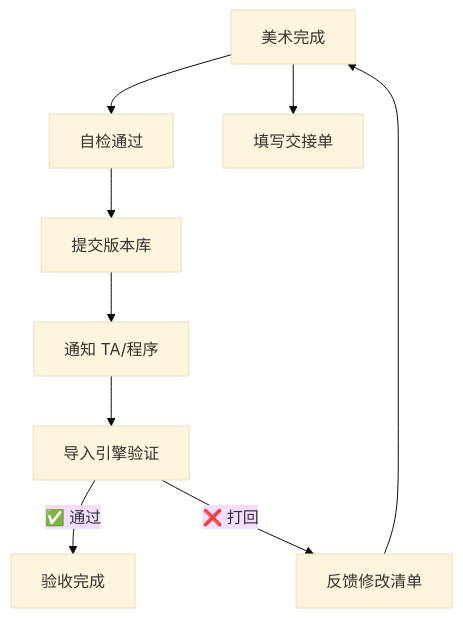
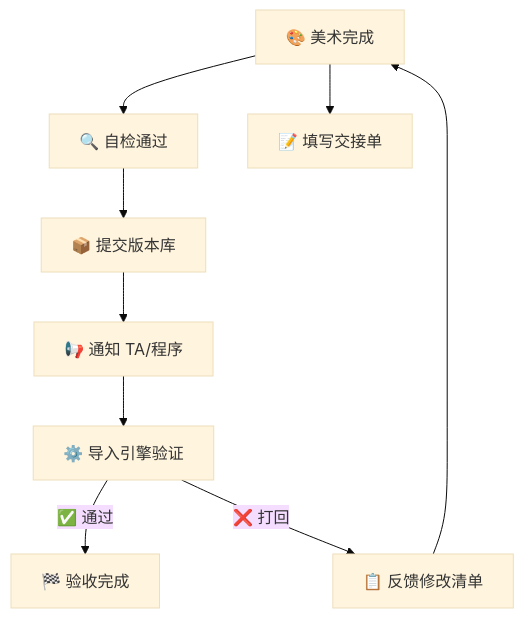
Before and after one commit to diedie23/Game-Knowledge-Base: the diagram in docs/knowledge-base/art-vs-ta-naming.md, drawn with Mermaid (base theme). The commit also changed other lines of this file and 20 other files, not shown here.

````diff
--- a/docs/knowledge-base/art-vs-ta-naming.md
+++ b/docs/knowledge-base/art-vs-ta-naming.md
@@ -167,11 +173,11 @@
 ```mermaid
 graph TD
-    A[美术完成] --> B[自检通过]
-    A --> C[填写交接单]
-    B --> D[提交版本库]
-    D --> E[通知 TA/程序]
-    E --> F[导入引擎验证]
-    F -->|✅ 通过| G[验收完成]
-    F -->|❌ 打回| H[反馈修改清单]
+    A[🎨 美术完成] --> B[🔍 自检通过]
+    A --> C[📝 填写交接单]
+    B --> D[📦 提交版本库]
+    D --> E[📢 通知 TA/程序]
+    E --> F[⚙️ 导入引擎验证]
+    F -->|✅ 通过| G[🏁 验收完成]
+    F -->|❌ 打回| H[📋 反馈修改清单]
     H --> A
 ```
````
